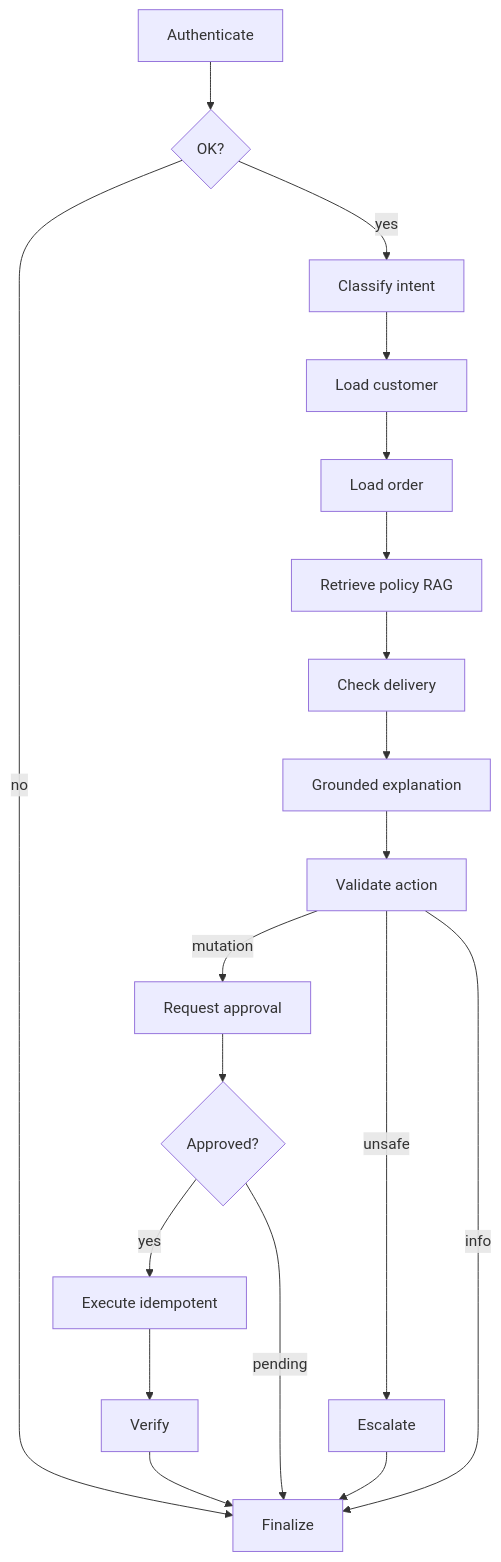
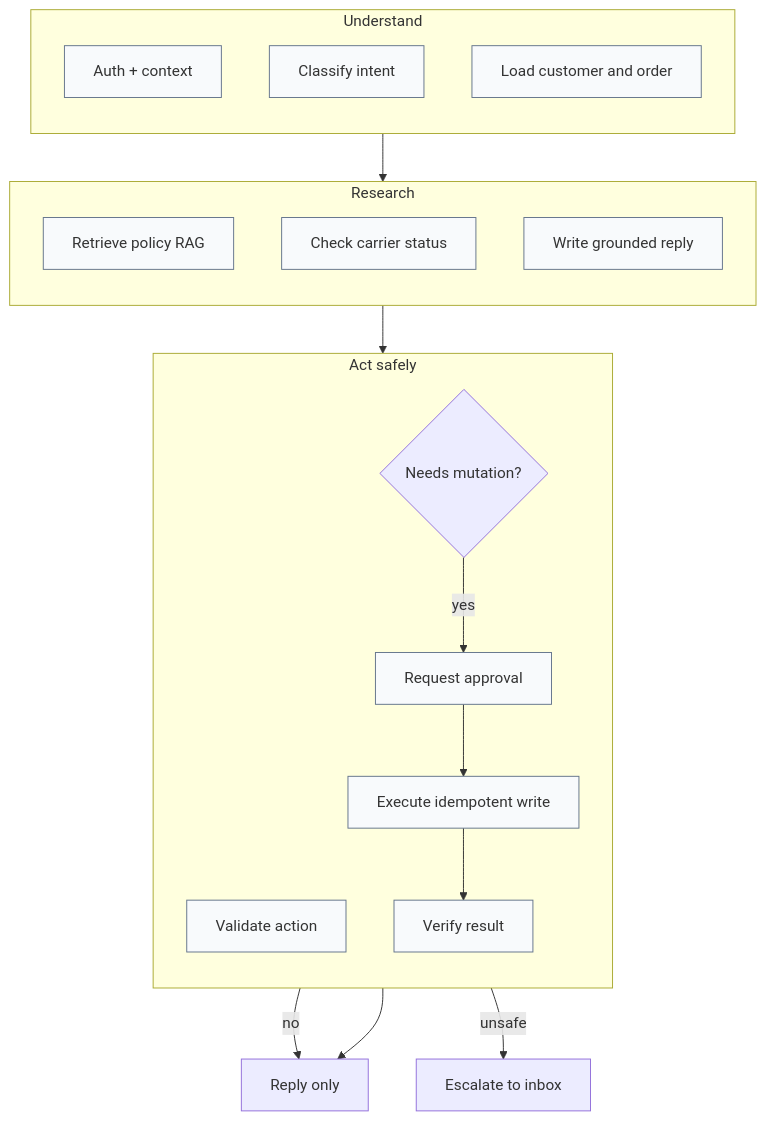
Before and after one commit to nikhilmaguwala/enterprise-ai-agent: the fifth of 8 diagrams in README.md, drawn with Mermaid. The commit also changed other lines of this file, not shown here.

First line of the commit message:
Redesign README for clarity and readable flowcharts.

````diff
--- a/README.md
+++ b/README.md
@@ -173,21 +185,32 @@
 ```mermaid
-flowchart TD
-  A[Authenticate] --> B{OK?}
-  B -->|no| Z[Finalize]
-  B -->|yes| C[Classify intent]
-  C --> D[Load customer]
-  D --> E[Load order]
-  E --> F[Retrieve policy RAG]
-  F --> G[Check delivery]
-  G --> H[Grounded explanation]
-  H --> I[Validate action]
-  I -->|mutation| J[Request approval]
-  I -->|unsafe| K[Escalate]
-  I -->|info| Z
-  J --> L{Approved?}
-  L -->|yes| M[Execute idempotent]
-  M --> N[Verify]
-  N --> Z
-  K --> Z
-  L -->|pending| Z
+flowchart TB
+  classDef phase fill:#f8fafc,stroke:#64748b
+
+  subgraph P1 [Understand]
+    direction TB
+    A1[Auth + context]:::phase
+    A2[Classify intent]:::phase
+    A3[Load customer and order]:::phase
+  end
+
+  subgraph P2 [Research]
+    direction TB
+    B1[Retrieve policy RAG]:::phase
+    B2[Check carrier status]:::phase
+    B3[Write grounded reply]:::phase
+  end
+
+  subgraph P3 [Act safely]
+    direction TB
+    C1[Validate action]:::phase
+    C2{Needs mutation?}
+    C3[Request approval]:::phase
+    C4[Execute idempotent write]:::phase
+    C5[Verify result]:::phase
+  end
+
+  P1 --> P2 --> P3
+  C2 -->|no| OUT[Reply only]
+  C2 -->|yes| C3 --> C4 --> C5 --> OUT
+  C2 -->|unsafe| ESC[Escalate to inbox]
 ```
````
